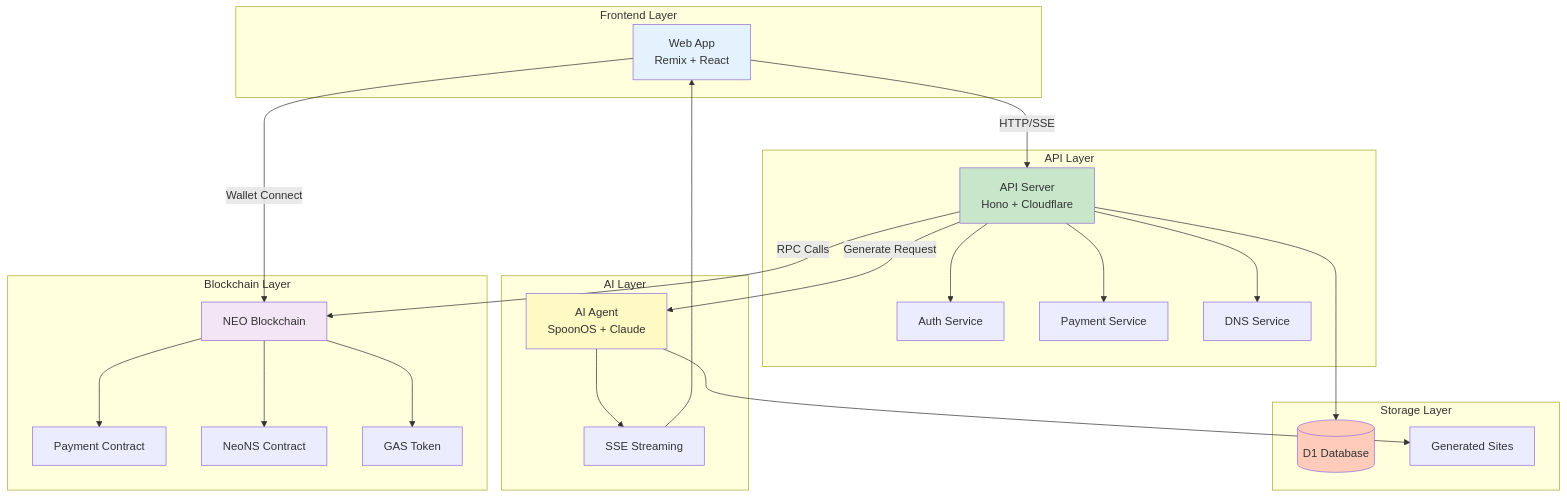
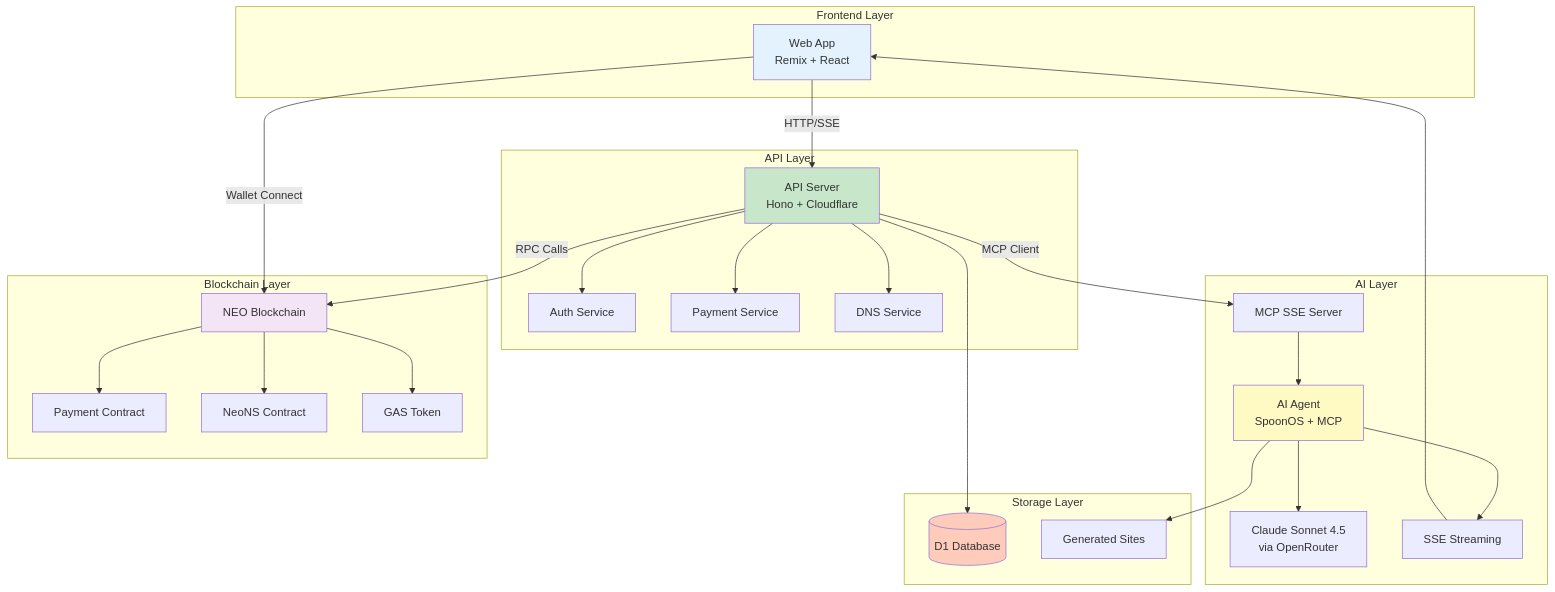
Before and after one commit to UyLeQuoc/neo-spoon-vibe-coding-app: the third of 9 diagrams in docs/pitch-deck.md, drawn with Mermaid. The commit also changed other lines of this file and 1 other file, not shown here.

````diff
--- a/docs/pitch-deck.md
+++ b/docs/pitch-deck.md
@@ -147,53 +163,57 @@
 ```mermaid
 graph TB
     subgraph "Frontend Layer"
         WEB[Web App<br/>Remix + React]
     end
     
     subgraph "API Layer"
         API[API Server<br/>Hono + Cloudflare]
         AUTH[Auth Service]
         PAY[Payment Service]
         DNS[DNS Service]
     end
     
     subgraph "AI Layer"
-        AGENT[AI Agent<br/>SpoonOS + Claude]
+        AGENT[AI Agent<br/>SpoonOS + MCP]
+        MCP[MCP SSE Server]
+        CLAUDE[Claude Sonnet 4.5<br/>via OpenRouter]
         SSE[SSE Streaming]
     end
     
     subgraph "Blockchain Layer"
         NEO[NEO Blockchain]
         PAY_CONTRACT[Payment Contract]
         NS_CONTRACT[NeoNS Contract]
         GAS[GAS Token]
     end
     
     subgraph "Storage Layer"
         DB[(D1 Database)]
         FILES[Generated Sites]
     end
     
     WEB -->|HTTP/SSE| API
     API --> AUTH
     API --> PAY
     API --> DNS
     API --> DB
     
     WEB -->|Wallet Connect| NEO
     API -->|RPC Calls| NEO
     NEO --> PAY_CONTRACT
     NEO --> NS_CONTRACT
     NEO --> GAS
     
-    API -->|Generate Request| AGENT
+    API -->|MCP Client| MCP
+    MCP --> AGENT
+    AGENT --> CLAUDE
     AGENT --> SSE
     SSE --> WEB
     AGENT --> FILES
     
     style WEB fill:#e3f2fd
     style API fill:#c8e6c9
     style AGENT fill:#fff9c4
     style NEO fill:#f3e5f5
     style DB fill:#ffccbc
 ```
````
